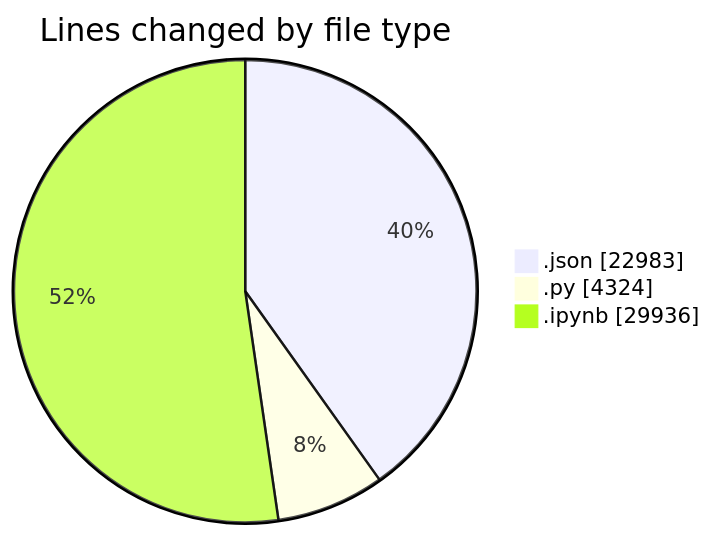
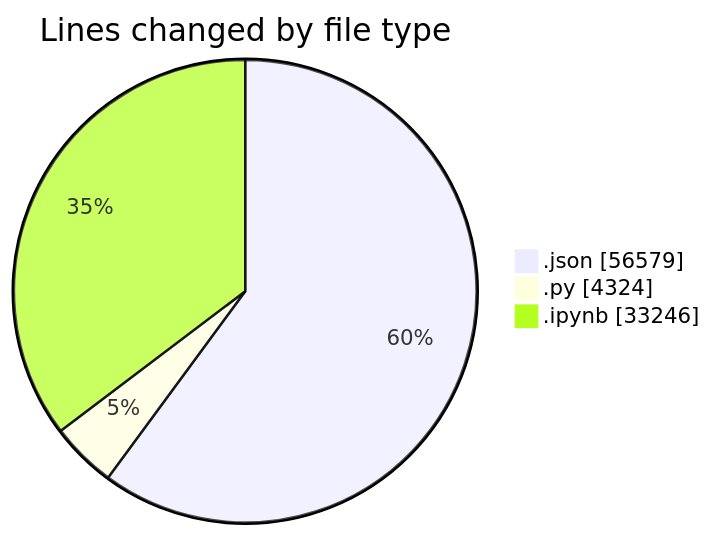
Before and after one commit to MatusMokan/code-tracking: the first of 2 diagrams in 2025-10-04/untitled__workspace_/README.md, drawn with Mermaid. The commit also changed other lines of this file and 1 other file, not shown here.

````diff
--- a/2025-10-04/untitled__workspace_/README.md
+++ b/2025-10-04/untitled__workspace_/README.md
@@ -35,7 +36,7 @@
 ```mermaid
 pie showData
 title Lines changed by file type
-".json" : 22983
+".json" : 56579
 ".py" : 4324
-".ipynb" : 29936
+".ipynb" : 33246
 ```
````
